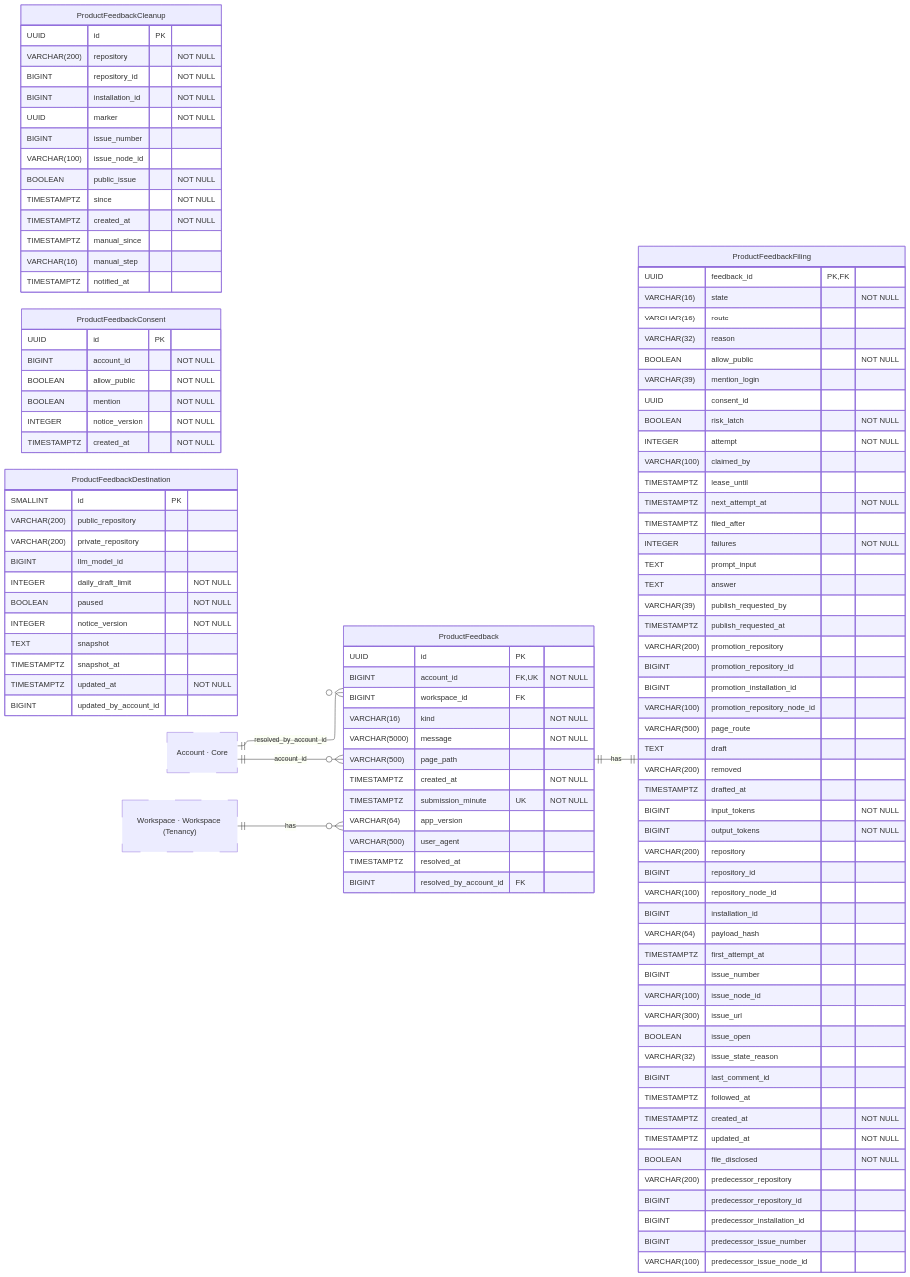
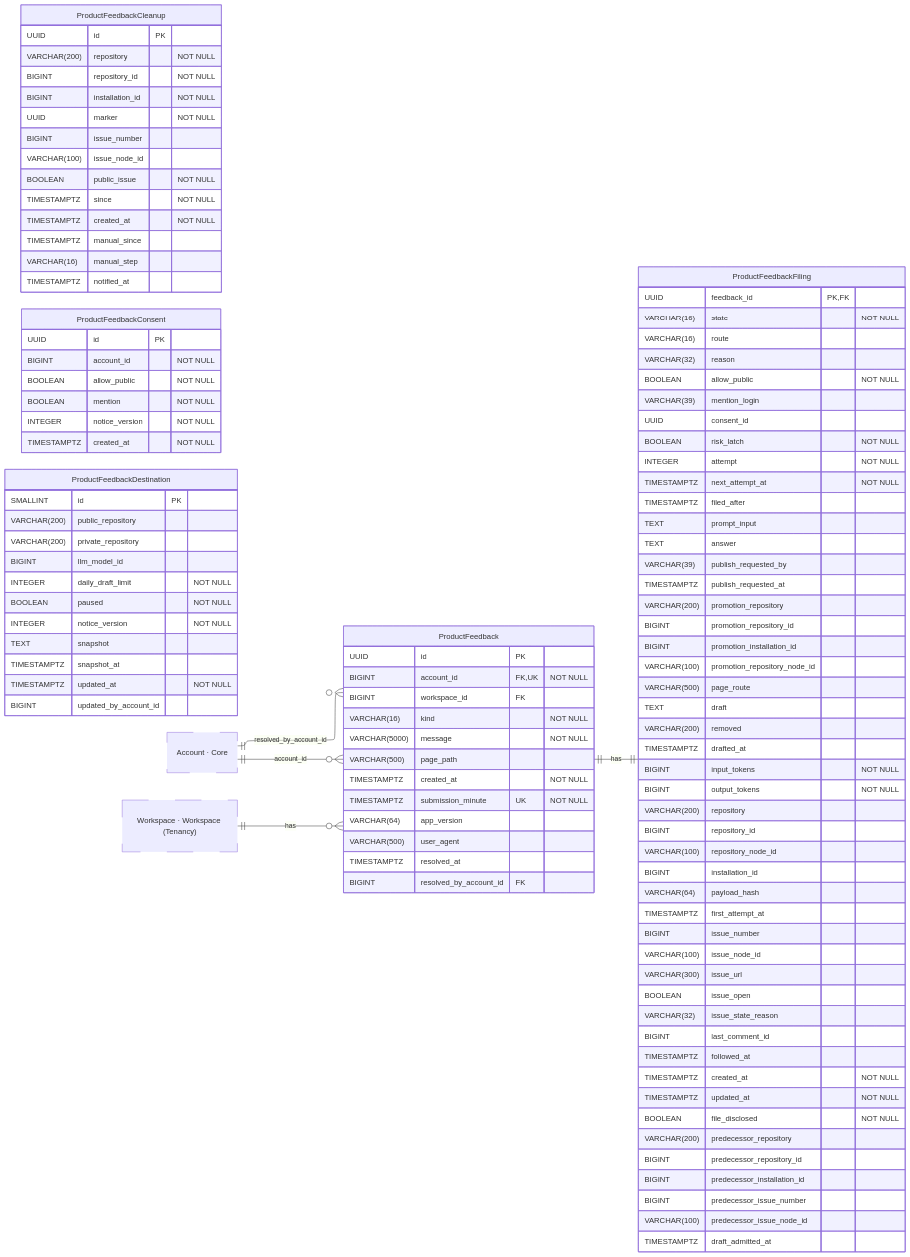
Before and after one commit to hephaestus-build/Hephaestus: the diagram in docs/contributor/erd/productfeedback.mmd, drawn with Mermaid. The commit also changed 73 other files, not shown here.

```diff
--- a/docs/contributor/erd/productfeedback.mmd
+++ b/docs/contributor/erd/productfeedback.mmd
@@ -1,137 +1,135 @@
 ---
 config:
     layout: elk
 ---
 erDiagram
     %% Generated automatically from PostgreSQL database schema
     %% using scripts/generate-mermaid-erd.ts
     %% To regenerate: vp run db:generate-erd-docs
 
     direction LR
 
     ProductFeedback {
         UUID id PK
         BIGINT account_id FK,UK "NOT NULL"
         BIGINT workspace_id FK
         VARCHAR(16) kind "NOT NULL"
         VARCHAR(5000) message "NOT NULL"
         VARCHAR(500) page_path
         TIMESTAMPTZ created_at "NOT NULL"
         TIMESTAMPTZ submission_minute UK "NOT NULL"
         VARCHAR(64) app_version
         VARCHAR(500) user_agent
         TIMESTAMPTZ resolved_at
         BIGINT resolved_by_account_id FK
     }
 
     ProductFeedbackCleanup {
         UUID id PK
         VARCHAR(200) repository "NOT NULL"
         BIGINT repository_id "NOT NULL"
         BIGINT installation_id "NOT NULL"
         UUID marker "NOT NULL"
         BIGINT issue_number
         VARCHAR(100) issue_node_id
         BOOLEAN public_issue "NOT NULL"
         TIMESTAMPTZ since "NOT NULL"
         TIMESTAMPTZ created_at "NOT NULL"
         TIMESTAMPTZ manual_since
         VARCHAR(16) manual_step
         TIMESTAMPTZ notified_at
     }
 
     ProductFeedbackConsent {
         UUID id PK
         BIGINT account_id "NOT NULL"
         BOOLEAN allow_public "NOT NULL"
         BOOLEAN mention "NOT NULL"
         INTEGER notice_version "NOT NULL"
         TIMESTAMPTZ created_at "NOT NULL"
     }
 
     ProductFeedbackDestination {
         SMALLINT id PK
         VARCHAR(200) public_repository
         VARCHAR(200) private_repository
         BIGINT llm_model_id
         INTEGER daily_draft_limit "NOT NULL"
         BOOLEAN paused "NOT NULL"
         INTEGER notice_version "NOT NULL"
         TEXT snapshot
         TIMESTAMPTZ snapshot_at
         TIMESTAMPTZ updated_at "NOT NULL"
         BIGINT updated_by_account_id
     }
 
     ProductFeedbackFiling {
         UUID feedback_id PK,FK
         VARCHAR(16) state "NOT NULL"
         VARCHAR(16) route
         VARCHAR(32) reason
         BOOLEAN allow_public "NOT NULL"
         VARCHAR(39) mention_login
         UUID consent_id
         BOOLEAN risk_latch "NOT NULL"
         INTEGER attempt "NOT NULL"
-        VARCHAR(100) claimed_by
-        TIMESTAMPTZ lease_until
         TIMESTAMPTZ next_attempt_at "NOT NULL"
         TIMESTAMPTZ filed_after
-        INTEGER failures "NOT NULL"
         TEXT prompt_input
         TEXT answer
         VARCHAR(39) publish_requested_by
         TIMESTAMPTZ publish_requested_at
         VARCHAR(200) promotion_repository
         BIGINT promotion_repository_id
         BIGINT promotion_installation_id
         VARCHAR(100) promotion_repository_node_id
         VARCHAR(500) page_route
         TEXT draft
         VARCHAR(200) removed
         TIMESTAMPTZ drafted_at
         BIGINT input_tokens "NOT NULL"
         BIGINT output_tokens "NOT NULL"
         VARCHAR(200) repository
         BIGINT repository_id
         VARCHAR(100) repository_node_id
         BIGINT installation_id
         VARCHAR(64) payload_hash
         TIMESTAMPTZ first_attempt_at
         BIGINT issue_number
         VARCHAR(100) issue_node_id
         VARCHAR(300) issue_url
         BOOLEAN issue_open
         VARCHAR(32) issue_state_reason
         BIGINT last_comment_id
         TIMESTAMPTZ followed_at
         TIMESTAMPTZ created_at "NOT NULL"
         TIMESTAMPTZ updated_at "NOT NULL"
         BOOLEAN file_disclosed "NOT NULL"
         VARCHAR(200) predecessor_repository
         BIGINT predecessor_repository_id
         BIGINT predecessor_installation_id
         BIGINT predecessor_issue_number
         VARCHAR(100) predecessor_issue_node_id
+        TIMESTAMPTZ draft_admitted_at
     }
 
     Account["Account · Core"]
     Workspace["Workspace · Workspace (Tenancy)"]
 
     %% Relationships
     %% One-to-One relationships
     ProductFeedback ||--|| ProductFeedbackFiling : has
 
     %% One-to-Many relationships
     Account ||--o{ ProductFeedback : account_id
     Account ||--o{ ProductFeedback : resolved_by_account_id
     Workspace ||--o{ ProductFeedback : has
 
     %% Styling
     classDef primaryEntity stroke:#0288d1,stroke-width:2px
     classDef associationEntity stroke:#8e24aa,stroke-width:2px
     classDef metadataEntity stroke:#43a047,stroke-width:2px
     classDef referenceEntity stroke-dasharray:5 5
 
     class Account referenceEntity
     class Workspace referenceEntity
```
